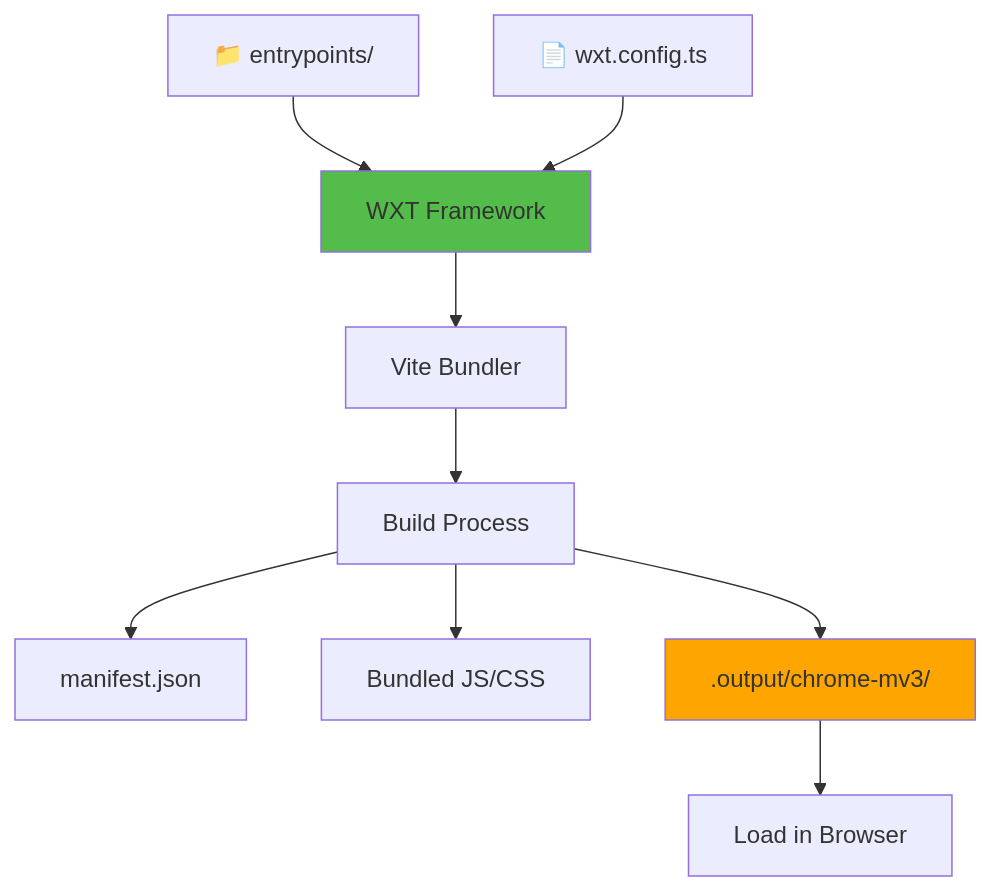
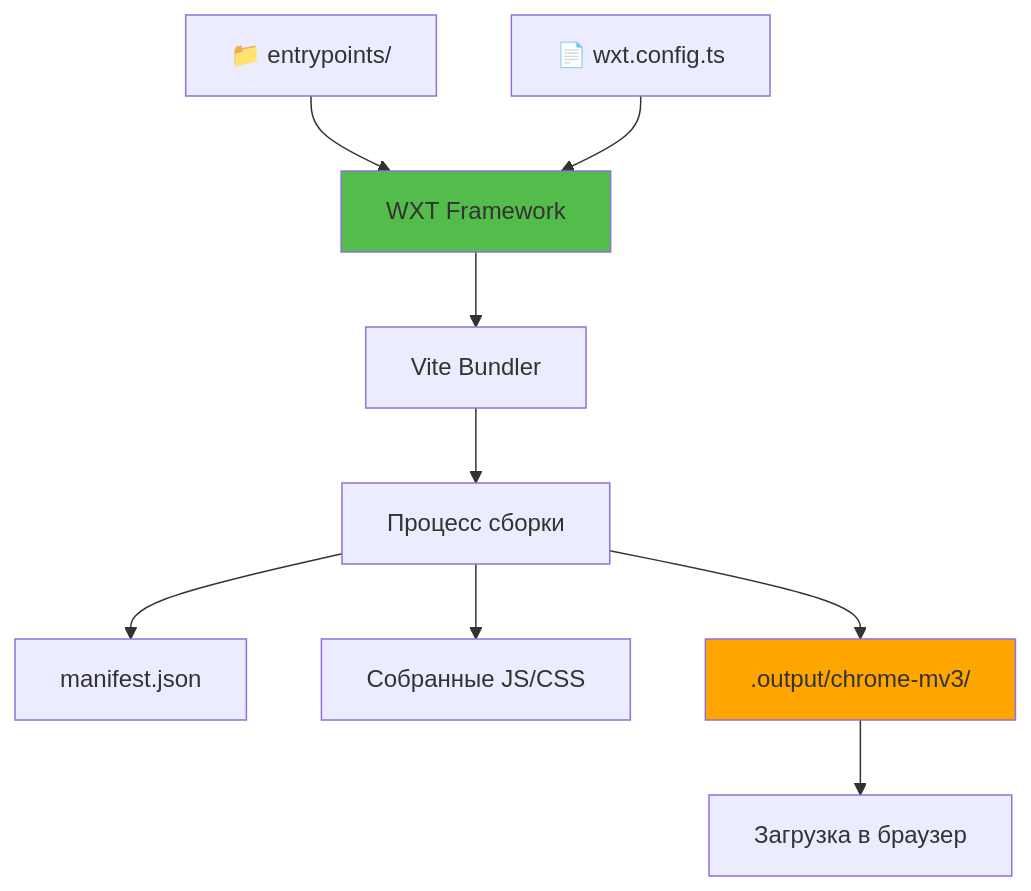
Before and after one commit to drunkody/textarea-fullscreen-extension: the first of 2 diagrams in slides/01-init-wxt-react-starter.md, drawn with Mermaid. The commit also changed other lines of this file and 22 other files, not shown here.

````diff
--- a/slides/01-init-wxt-react-starter.md
+++ b/slides/01-init-wxt-react-starter.md
@@ -74,14 +74,14 @@
 ```mermaid
 graph TB
     A[📁 entrypoints/] --> B[WXT Framework]
     C[📄 wxt.config.ts] --> B
     B --> D[Vite Bundler]
-    D --> E[Build Process]
+    D --> E[Процесс сборки]
     E --> F[manifest.json]
-    E --> G[Bundled JS/CSS]
+    E --> G[Собранные JS/CSS]
     E --> H[.output/chrome-mv3/]
-    H --> I[Load in Browser]
+    H --> I[Загрузка в браузер]
     
     style B fill:#54bc4a
     style H fill:#ffa500
 ```
````
